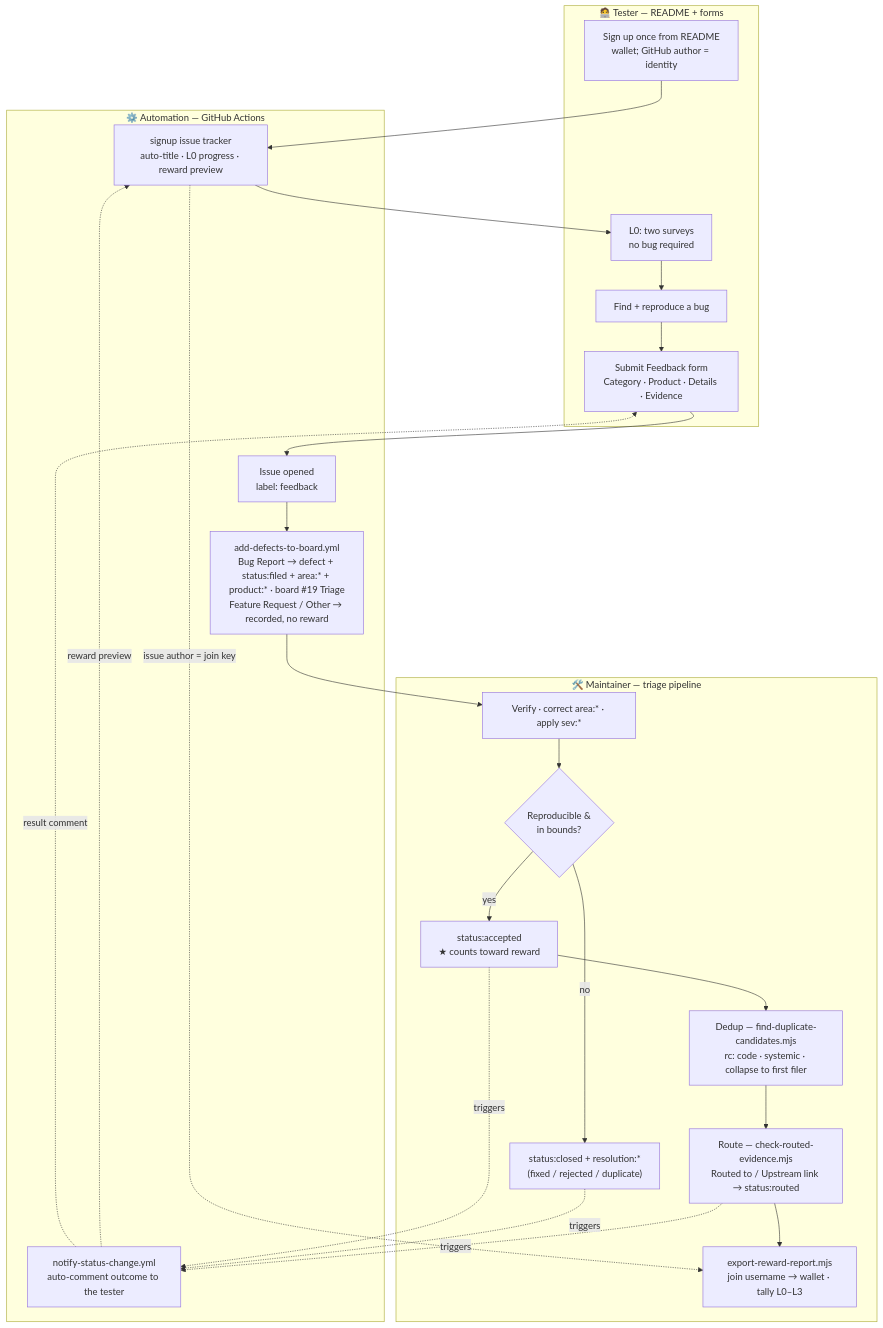
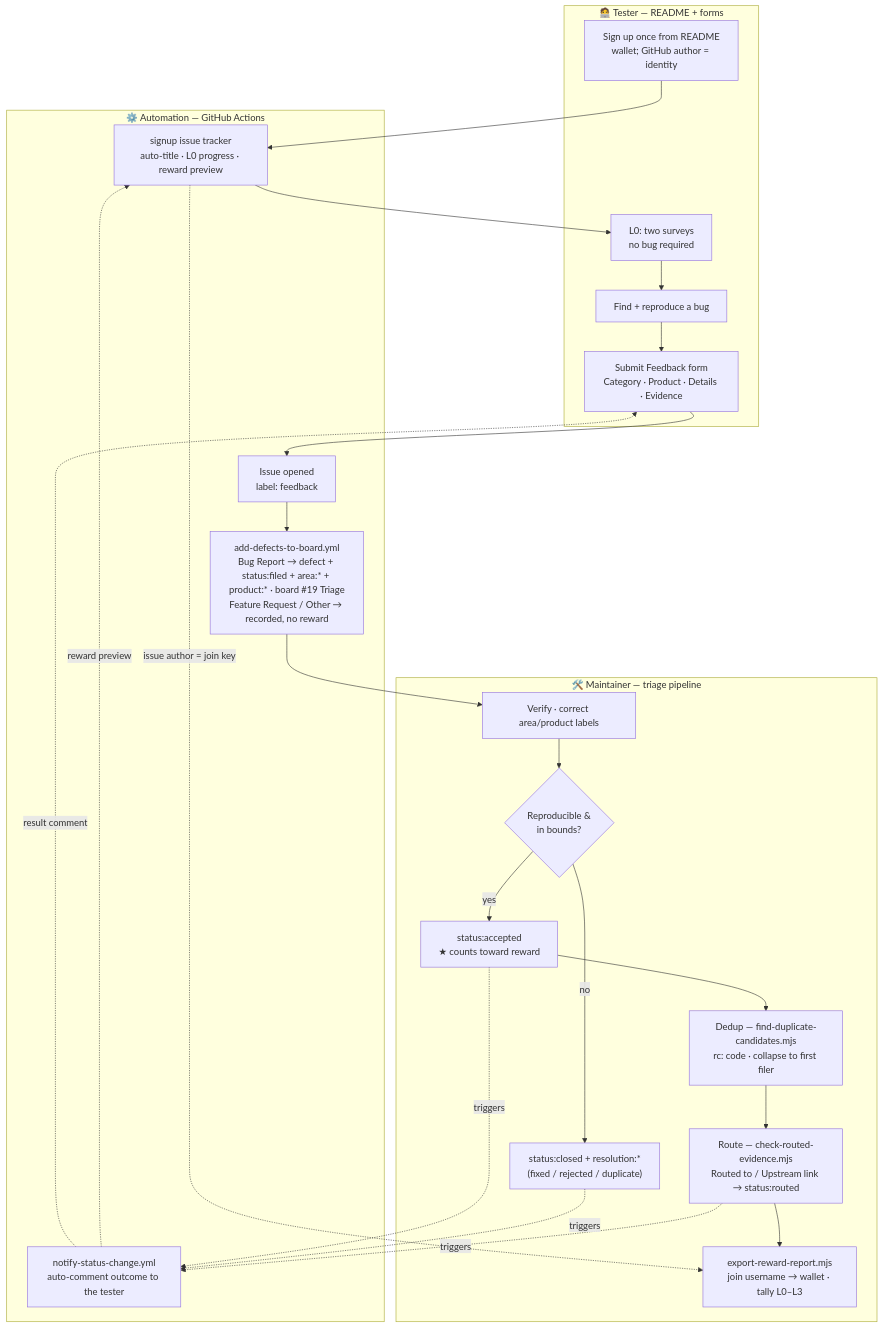
The first of 2 diagrams in docs/WORKFLOWS.md (0gfoundation/0g-testing-hub), drawn with Mermaid before and after one commit. The commit also changed other lines of this file and 17 other files, not shown here.

````diff
--- a/docs/WORKFLOWS.md
+++ b/docs/WORKFLOWS.md
@@ -13,36 +13,36 @@
 ```mermaid
 flowchart TD
     subgraph T["🧑‍💻 Tester — README + forms"]
       T1["Sign up once from README<br/>wallet; GitHub author = identity"]
       T2["L0: two surveys<br/>no bug required"]
       T3["Find + reproduce a bug"]
       T4["Submit Feedback form<br/>Category · Product · Details · Evidence"]
     end
 
     subgraph A["⚙️ Automation — GitHub Actions"]
       A0["signup issue tracker<br/>auto-title · L0 progress · reward preview"]
       A1["Issue opened<br/>label: feedback"]
       A2["add-defects-to-board.yml<br/>Bug Report → defect + status:filed + area:* + product:* · board #19 Triage<br/>Feature Request / Other → recorded, no reward"]
       A3["notify-status-change.yml<br/>auto-comment outcome to the tester"]
     end
 
     subgraph M["🛠️ Maintainer — triage pipeline"]
-      M1["Verify · correct area:* · apply sev:*"]
+      M1["Verify · correct area/product labels"]
       M2{"Reproducible &<br/>in bounds?"}
       M3["status:accepted<br/>★ counts toward reward"]
       M4["status:closed + resolution:*<br/>(fixed / rejected / duplicate)"]
-      M5["Dedup — find-duplicate-candidates.mjs<br/>rc: code · systemic · collapse to first filer"]
+      M5["Dedup — find-duplicate-candidates.mjs<br/>rc: code · collapse to first filer"]
       M6["Route — check-routed-evidence.mjs<br/>Routed to / Upstream link → status:routed"]
       M7["export-reward-report.mjs<br/>join username → wallet · tally L0–L3"]
     end
 
     T1 --> A0 --> T2 --> T3 --> T4 --> A1 --> A2 --> M1 --> M2
     M2 -- yes --> M3 --> M5 --> M6 --> M7
     M2 -- no --> M4
     M3 -. triggers .-> A3
     M4 -. triggers .-> A3
     M6 -. triggers .-> A3
     A3 -. result comment .-> T4
     A3 -. reward preview .-> A0
     A0 -. "issue author = join key" .-> M7
 ```
````
